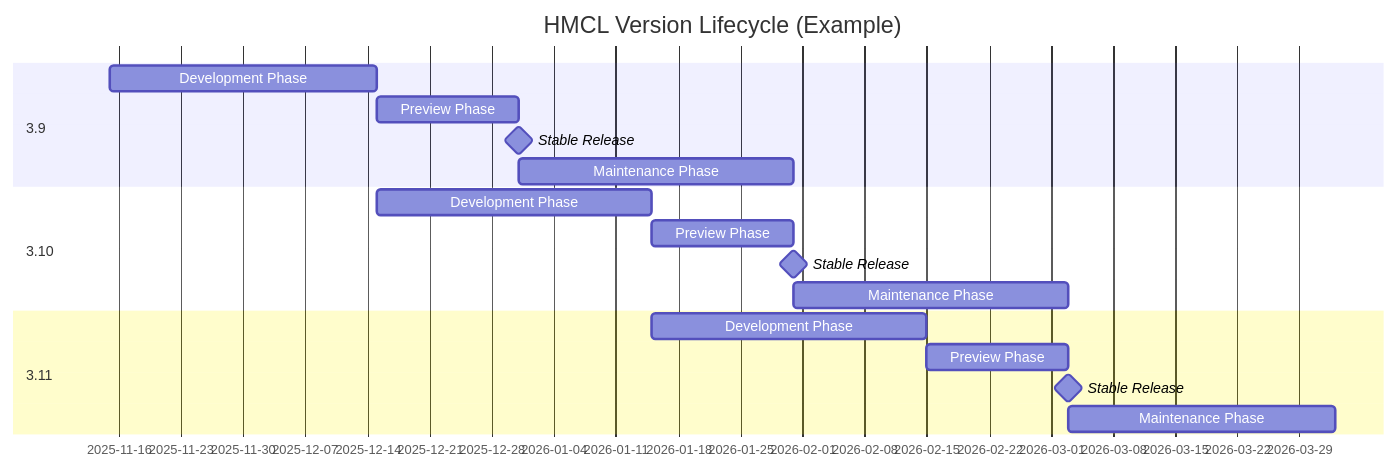
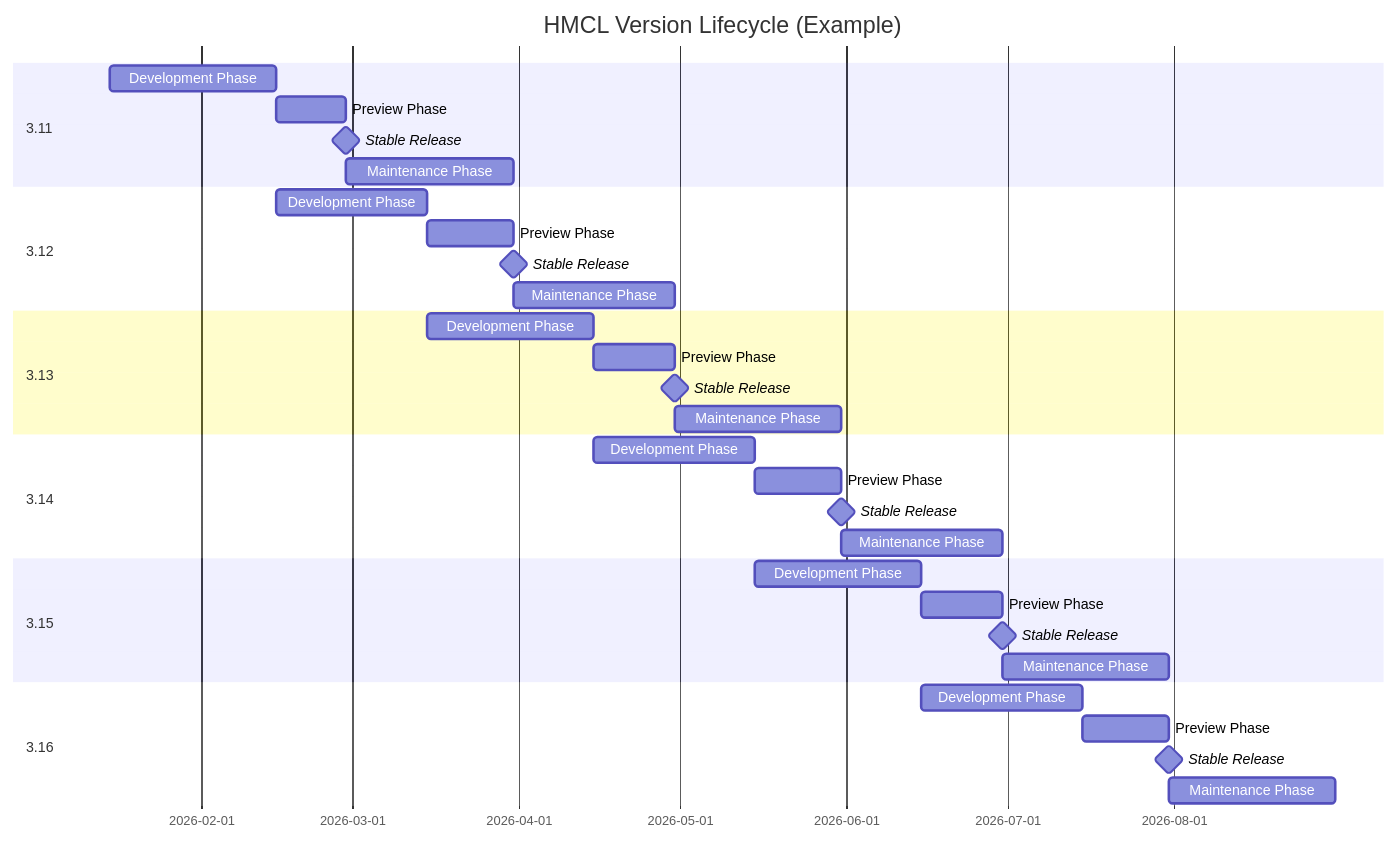
The diagram in docs/ReleaseSchedule.md (HMCL-dev/HMCL), drawn with Mermaid before and after one commit. The commit also changed other lines of this file and 2 other files, not shown here.

Commit message:
docs: rewrite gantt chart to update branches and dates [skip ci]
- Force the `dateFormat` to prevent chart rendering issues.
- Use absolute dates to prevent chart alignment issues caused by variations in the number of days in each month.
- Updated chart content from version branch 3.11 to 3.16.
- Add a note stating that the chart is for reference only.

````diff
--- a/docs/ReleaseSchedule.md
+++ b/docs/ReleaseSchedule.md
@@ -49,19 +49,35 @@
 ```mermaid
 gantt
     title HMCL Version Lifecycle (Example)
-    section 3.9
-        Development Phase: a1, 2025-11-15, 30d
-        Preview Phase: a2, after a1, 16d
+    dateFormat YYYY-MM-DD
+    section 3.11
+        Development Phase: a1, 2026-01-15, 2026-02-15
+        Preview Phase: a2, 2026-02-15, 2026-02-28
         Stable Release: milestone, after a2, 0d
-        Maintenance Phase: a3, after a2, 31d
-    section 3.10
-        Development Phase: b1, after a1, 31d
-        Preview Phase: b2, after b1, 16d
+        Maintenance Phase: a3, 2026-02-28, 2026-03-31
+    section 3.12
+        Development Phase: b1, 2026-02-15, 2026-03-15
+        Preview Phase: b2, 2026-03-15, 2026-03-31
         Stable Release: milestone, after b2, 0d
-        Maintenance Phase: b3, after b2, 31d
-    section 3.11
-        Development Phase: c1, after b1, 31d
-        Preview Phase: c2, after c1, 16d
+        Maintenance Phase: b3, 2026-03-31, 2026-04-30
+    section 3.13
+        Development Phase: c1, 2026-03-15, 2026-04-15
+        Preview Phase: c2, 2026-04-15, 2026-04-30
         Stable Release: milestone, after c2, 0d
-        Maintenance Phase: c3, after c2, 30d
+        Maintenance Phase: c3, 2026-04-30, 2026-05-31
+    section 3.14
+        Development Phase: d1, 2026-04-15, 2026-05-15
+        Preview Phase: d2, 2026-05-15, 2026-05-31
+        Stable Release: milestone, after d2, 0d
+        Maintenance Phase: d3, 2026-05-31, 2026-06-30
+    section 3.15
+        Development Phase: e1, 2026-05-15, 2026-06-15
+        Preview Phase: e2, 2026-06-15, 2026-06-30
+        Stable Release: milestone, after e2, 0d
+        Maintenance Phase: e3, 2026-06-30, 2026-07-31
+    section 3.16
+        Development Phase: f1, 2026-06-15, 2026-07-15
+        Preview Phase: f2, 2026-07-15, 2026-07-31
+        Stable Release: milestone, after f2, 0d
+        Maintenance Phase: f3, 2026-07-31, 2026-08-31
 ```
````
